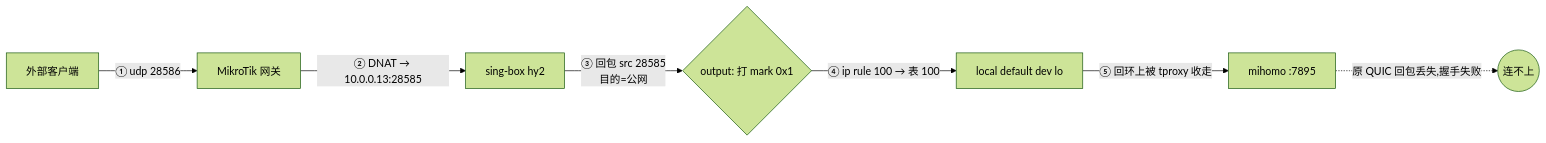
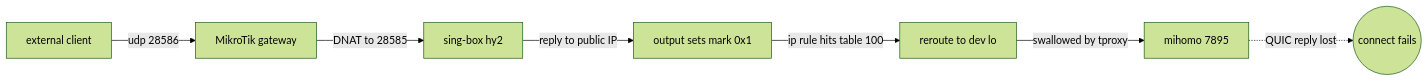
Before and after one commit to asharca/asharca.github.io: the diagram in source/_posts/hysteria2-tproxy-reply-hijack.md, drawn with Mermaid (forest theme). The commit also changed other lines of this file and 1 other file, not shown here.

First line of the commit message:
docs: simplify hysteria2 post title and switch diagrams to English

````diff
--- a/source/_posts/hysteria2-tproxy-reply-hijack.md
+++ b/source/_posts/hysteria2-tproxy-reply-hijack.md
@@ -163,9 +165,9 @@
 ```mermaid
 flowchart LR
-  C[外部客户端] -->|① udp 28586| R[MikroTik 网关]
-  R -->|② DNAT → 10.0.0.13:28585| B[sing-box hy2]
-  B -->|③ 回包 src 28585<br/>目的=公网| M{output: 打 mark 0x1}
-  M -->|④ ip rule 100 → 表 100| L[local default dev lo]
-  L -->|⑤ 回环上被 tproxy 收走| MH[mihomo :7895]
-  MH -.->|原 QUIC 回包丢失,握手失败| X((连不上))
+  C["external client"] -->|udp 28586| R["MikroTik gateway"]
+  R -->|DNAT to 28585| B["sing-box hy2"]
+  B -->|reply to public IP| M["output sets mark 0x1"]
+  M -->|ip rule hits table 100| L["reroute to dev lo"]
+  L -->|swallowed by tproxy| MH["mihomo 7895"]
+  MH -.->|QUIC reply lost| X(("connect fails"))
 ```
````
